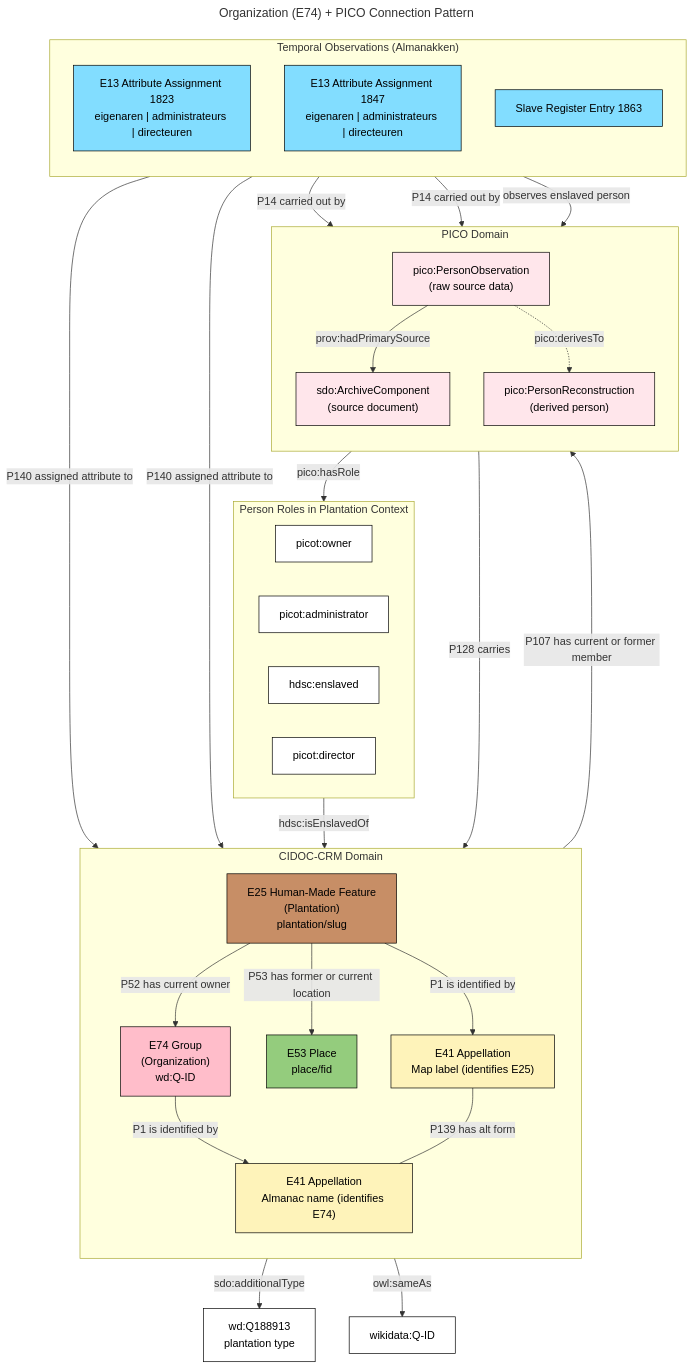
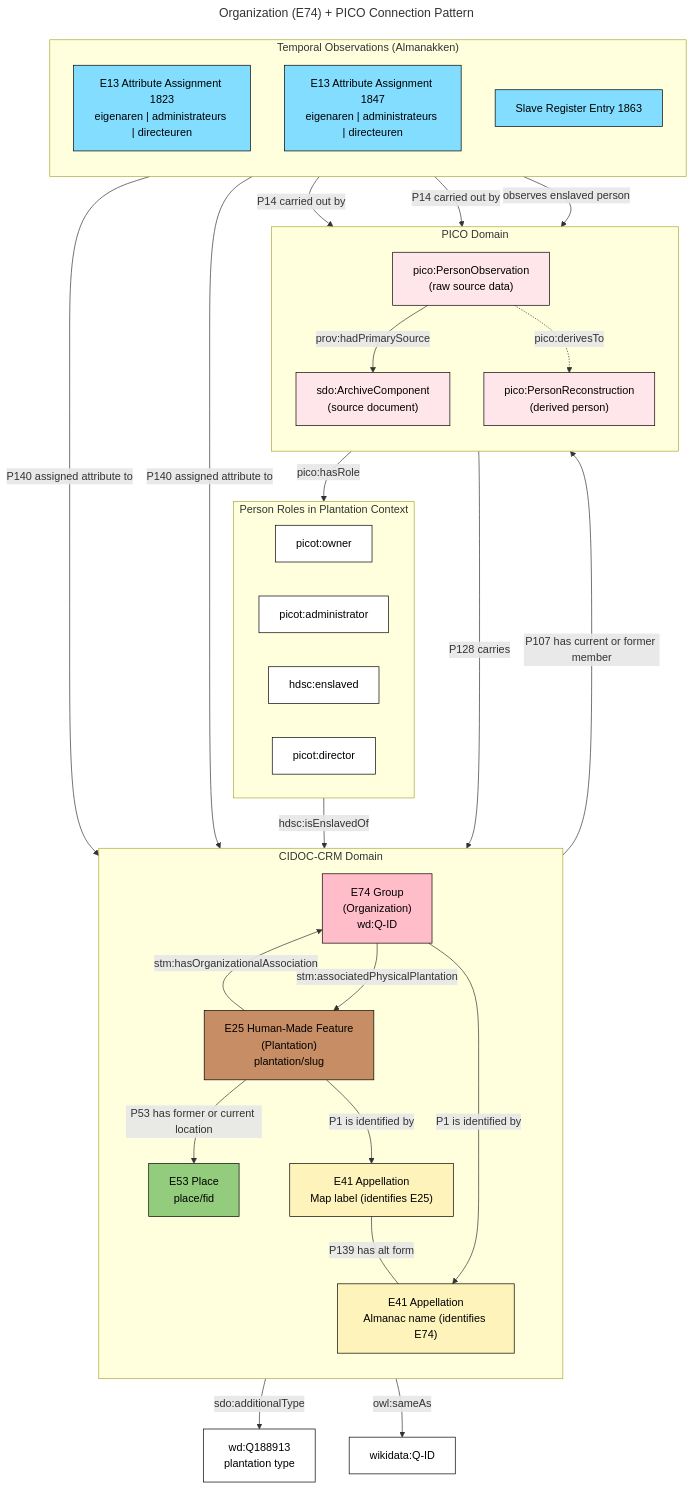
Before and after one commit to SurinameTimeMachine/suriname-database-model: the diagram in docs/models/organization-pico-pattern.mmd, drawn with Mermaid. The commit also changed 17 other files, not shown here.

```diff
--- a/docs/models/organization-pico-pattern.mmd
+++ b/docs/models/organization-pico-pattern.mmd
@@ -1,85 +1,86 @@
 ---
 title: Organization (E74) + PICO Connection Pattern
 ---
 flowchart TB
     subgraph CIDOC_CRM["CIDOC-CRM Domain"]
         direction TB
         E74["E74 Group<br/>(Organization)<br/>wd:Q-ID"]
         E25["E25 Human-Made Feature<br/>(Plantation)<br/>plantation/slug"]
         E53["E53 Place<br/>place/fid"]
         E41_MAP["E41 Appellation<br/>Map label (identifies E25)"]
         E41_ALM["E41 Appellation<br/>Almanac name (identifies E74)"]
 
-        E25 -->|"P52 has current owner"| E74
+        E25 -->|"stm:hasOrganizationalAssociation"| E74
+        E74 -->|"stm:associatedPhysicalPlantation"| E25
         E25 -->|"P53 has former or current location"| E53
         E25 -->|"P1 is identified by"| E41_MAP
         E74 -->|"P1 is identified by"| E41_ALM
         E41_MAP ---|"P139 has alt form"| E41_ALM
     end
 
     subgraph PICO_Domain["PICO Domain"]
         direction TB
         PERSON_OBS["pico:PersonObservation<br/>(raw source data)"]
         PERSON_REC["pico:PersonReconstruction<br/>(derived person)"]
         SOURCE["sdo:ArchiveComponent<br/>(source document)"]
 
         PERSON_OBS -->|"prov:hadPrimarySource"| SOURCE
         PERSON_OBS -.->|"pico:derivesTo"| PERSON_REC
     end
 
     subgraph ROLES["Person Roles in Plantation Context"]
         direction LR
         OWNER["picot:owner"]
         ADMIN["picot:administrator"]
         ENSLAVED["hdsc:enslaved"]
         DIRECTOR["picot:director"]
     end
 
     %% Cross-domain connections
     E74 -->|"P107 has current or former member"| PERSON_REC
     PERSON_OBS -->|"pico:hasRole"| ROLES
 
     %% Enslaved relationship modeled explicitly
     ENSLAVED -->|"hdsc:isEnslavedOf"| E74
 
     %% Schema.org for organization properties
     E74 -->|"sdo:additionalType"| TYPE["wd:Q188913<br/>plantation type"]
     E74 -->|"owl:sameAs"| WD["wikidata:Q-ID"]
 
     subgraph OBSERVATION_LAYER["Temporal Observations (Almanakken)"]
         direction TB
         OBS1["E13 Attribute Assignment 1823<br/>eigenaren | administrateurs | directeuren"]
         OBS2["E13 Attribute Assignment 1847<br/>eigenaren | administrateurs | directeuren"]
         OBS3["Slave Register Entry 1863"]
 
         OBS1 -->|"P14 carried out by"| PERSON_OBS
         OBS2 -->|"P14 carried out by"| PERSON_OBS
         OBS3 -->|"observes enslaved person"| PERSON_OBS
     end
 
     OBS1 -->|"P140 assigned attribute to"| E74
     OBS2 -->|"P140 assigned attribute to"| E74
 
     %% Source carries almanac names
     SOURCE -->|"P128 carries"| E41_ALM
 
     %% Style definitions
     %% CRITERIA / George Bruseker CIDOC-CRM colour scheme
     %% See: https://github.com/chin-rcip/CRITERIA
 
     classDef crm_E18_Physical_Thing fill:#c78e66,stroke:#000000,color:#000000
     classDef crm_E53_Place fill:#94cc7d,stroke:#000000,color:#000000
     classDef crm_E39_Actor fill:#ffbdca,stroke:#000000,color:#000000
     classDef crm_E41_Appellation fill:#fef3ba,stroke:#000000,color:#000000
     classDef crm_E2_Temporal_Entity fill:#82ddff,stroke:#000000,color:#000000
     classDef crm_E39_Actor_URI fill:#ffe6eb,stroke:#000000,color:#000000
     classDef Literal fill:#ffffff,stroke:#000000,color:#000000
 
     class E74 crm_E39_Actor
     class E25 crm_E18_Physical_Thing
     class E53 crm_E53_Place
     class E41_MAP,E41_ALM crm_E41_Appellation
     class PERSON_OBS,PERSON_REC,SOURCE crm_E39_Actor_URI
     class OWNER,ADMIN,ENSLAVED,DIRECTOR Literal
     class OBS1,OBS2,OBS3 crm_E2_Temporal_Entity
     class TYPE,WD Literal
```
